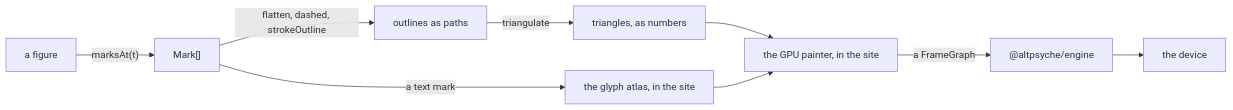
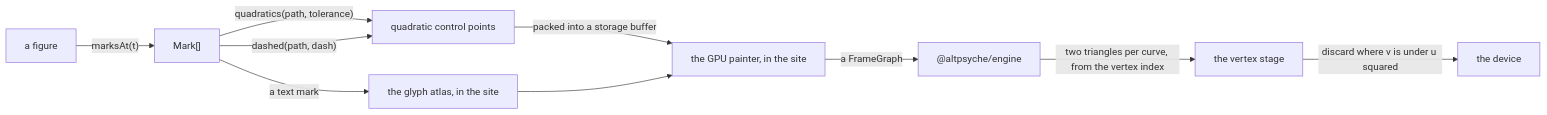
One commit to altpsyche/altpsyche-maths changed the second of 2 diagrams in docs/ROADMAP.md. Above: the diagram before and after it, drawn with Mermaid. The commit also changed other lines of this file, not shown here.

````diff
--- a/docs/ROADMAP.md
+++ b/docs/ROADMAP.md
@@ -334,11 +334,12 @@
 ```mermaid
 graph LR
   F["a figure"] -->|"marksAt(t)"| K["Mark[]"]
-  K -->|"flatten, dashed, strokeOutline"| O["outlines as paths"]
-  O -->|"triangulate"| T["triangles, as numbers"]
+  K -->|"quadratics(path, tolerance)"| Q["quadratic control points"]
+  K -->|"dashed(path, dash)"| Q
   K -->|"a text mark"| G["the glyph atlas, in the site"]
-  T --> P["the GPU painter, in the site"]
+  Q -->|"packed into a storage buffer"| P["the GPU painter, in the site"]
   G --> P
   P -->|"a FrameGraph"| R["@altpsyche/engine"]
-  R --> D["the device"]
+  R -->|"two triangles per curve, from the vertex index"| V["the vertex stage"]
+  V -->|"discard where v is under u squared"| D["the device"]
 ```
````
